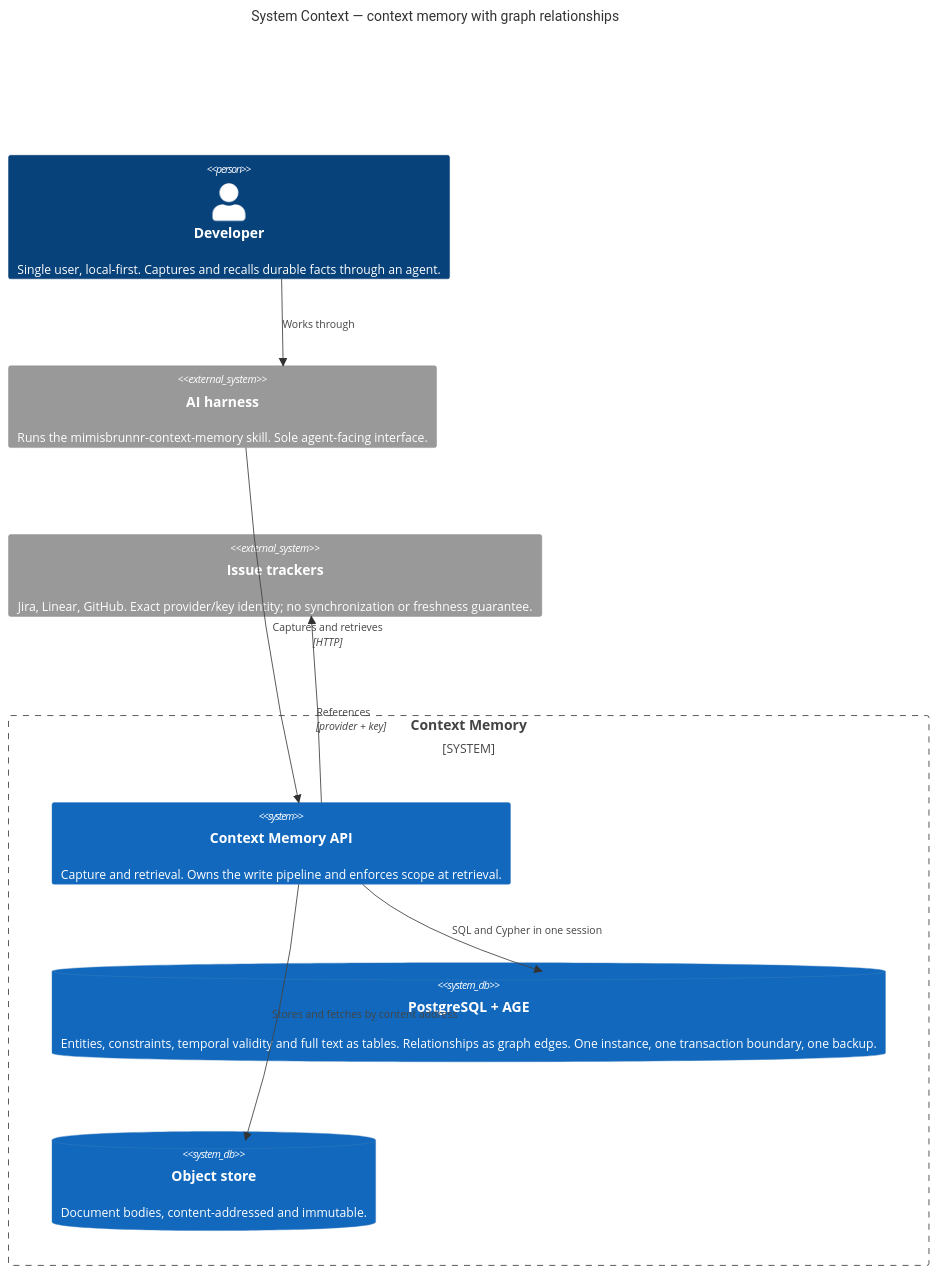
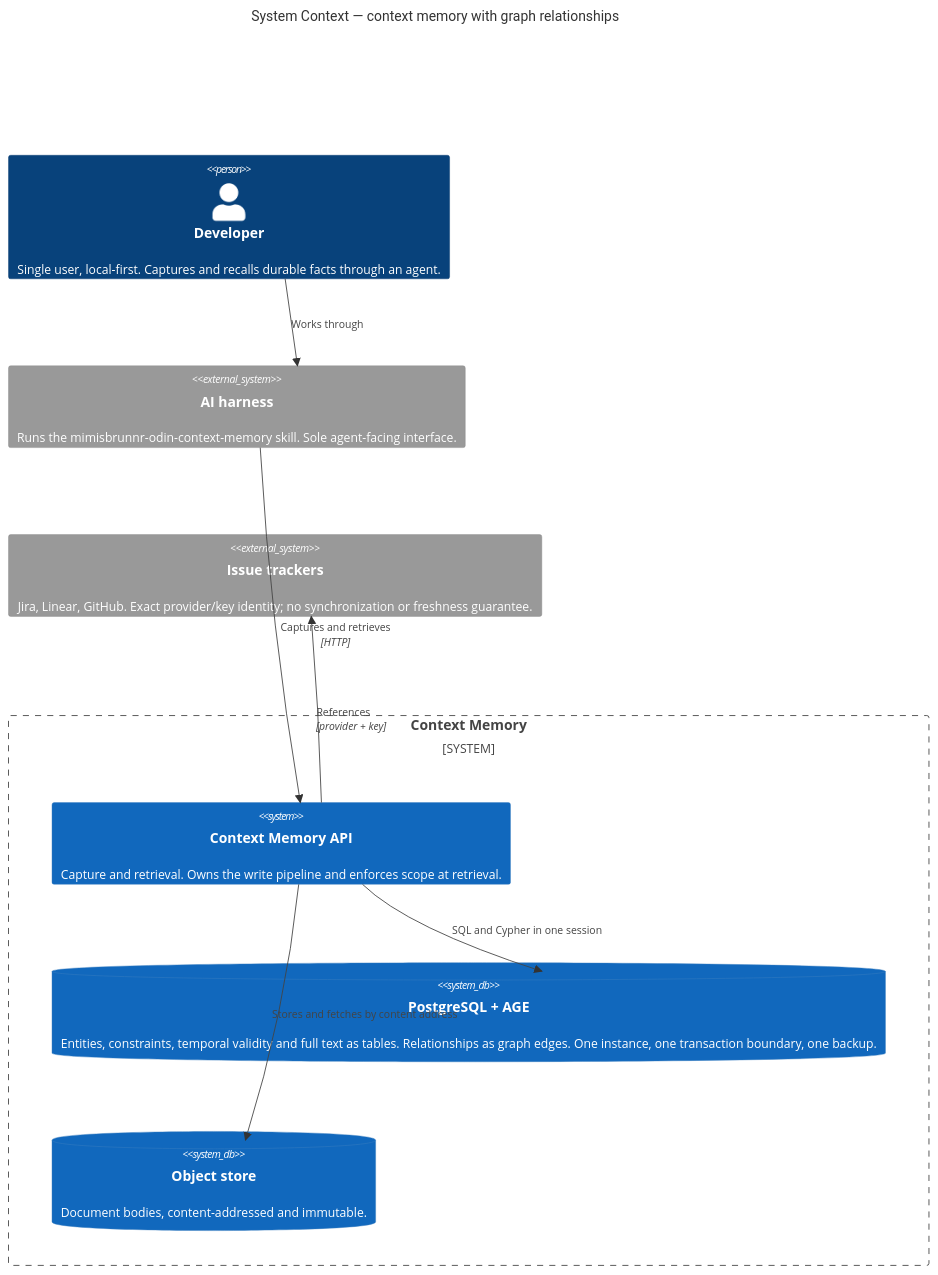
One commit to generic-automation-and-it/smooth-ai-product-context-memory changed the first of 3 diagrams in docs/hlds/003-graph-edges-on-age/diagrams/c4-context.md. Above: the diagram before and after it, drawn with Mermaid. The commit also changed 119 other files, not shown here.

````diff
--- a/docs/hlds/003-graph-edges-on-age/diagrams/c4-context.md
+++ b/docs/hlds/003-graph-edges-on-age/diagrams/c4-context.md
@@ -13,23 +13,23 @@
 ```mermaid
 C4Context
     title System Context — context memory with graph relationships
 
     Person(dev, "Developer", "Single user, local-first. Captures and recalls durable facts through an agent.")
 
     System_Boundary(cm, "Context Memory") {
         System(api, "Context Memory API", "Capture and retrieval. Owns the write pipeline and enforces scope at retrieval.")
         SystemDb(pg, "PostgreSQL + AGE", "Entities, constraints, temporal validity and full text as tables. Relationships as graph edges. One instance, one transaction boundary, one backup.")
         SystemDb(blob, "Object store", "Document bodies, content-addressed and immutable.")
     }
 
-    System_Ext(agent, "AI harness", "Runs the mimisbrunnr-context-memory skill. Sole agent-facing interface.")
+    System_Ext(agent, "AI harness", "Runs the mimisbrunnr-odin-context-memory skill. Sole agent-facing interface.")
     System_Ext(tracker, "Issue trackers", "Jira, Linear, GitHub. Exact provider/key identity; no synchronization or freshness guarantee.")
 
     Rel(dev, agent, "Works through")
     Rel(agent, api, "Captures and retrieves", "HTTP")
     Rel(api, pg, "SQL and Cypher in one session")
     Rel(api, blob, "Stores and fetches by content address")
     Rel(api, tracker, "References", "provider + key")
 
     UpdateLayoutConfig($c4ShapeInRow="2", $c4BoundaryInRow="1")
 ```
````
